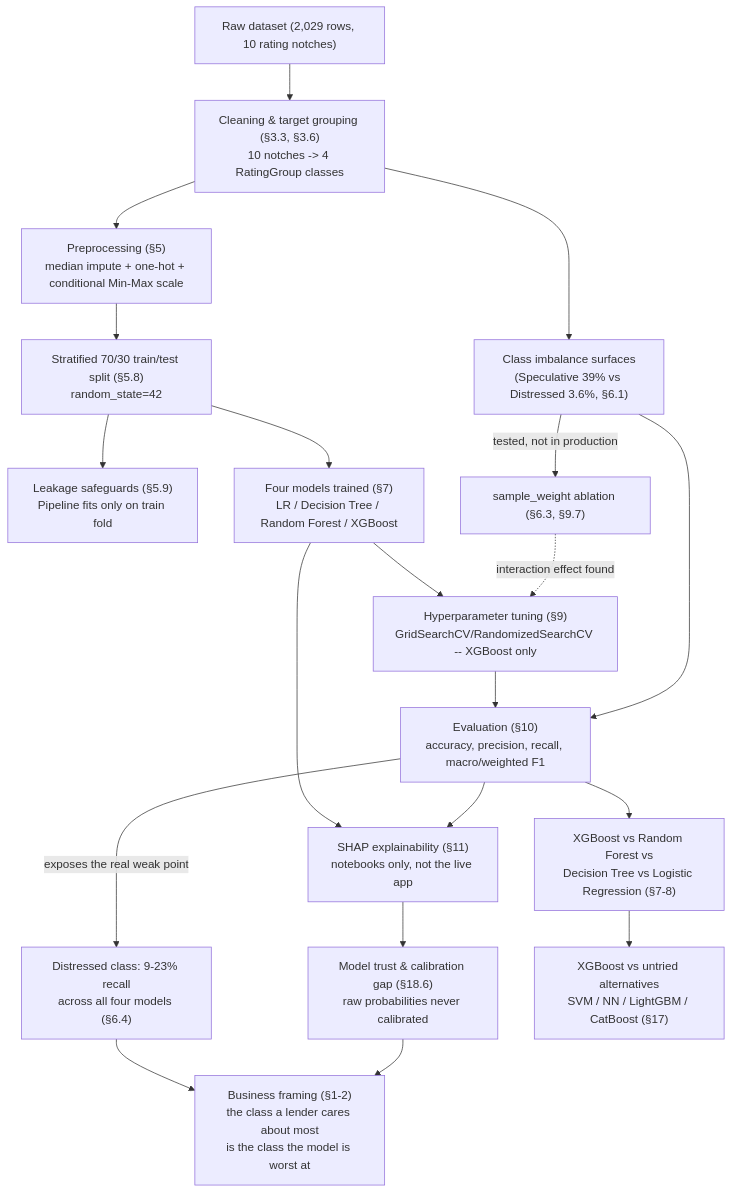
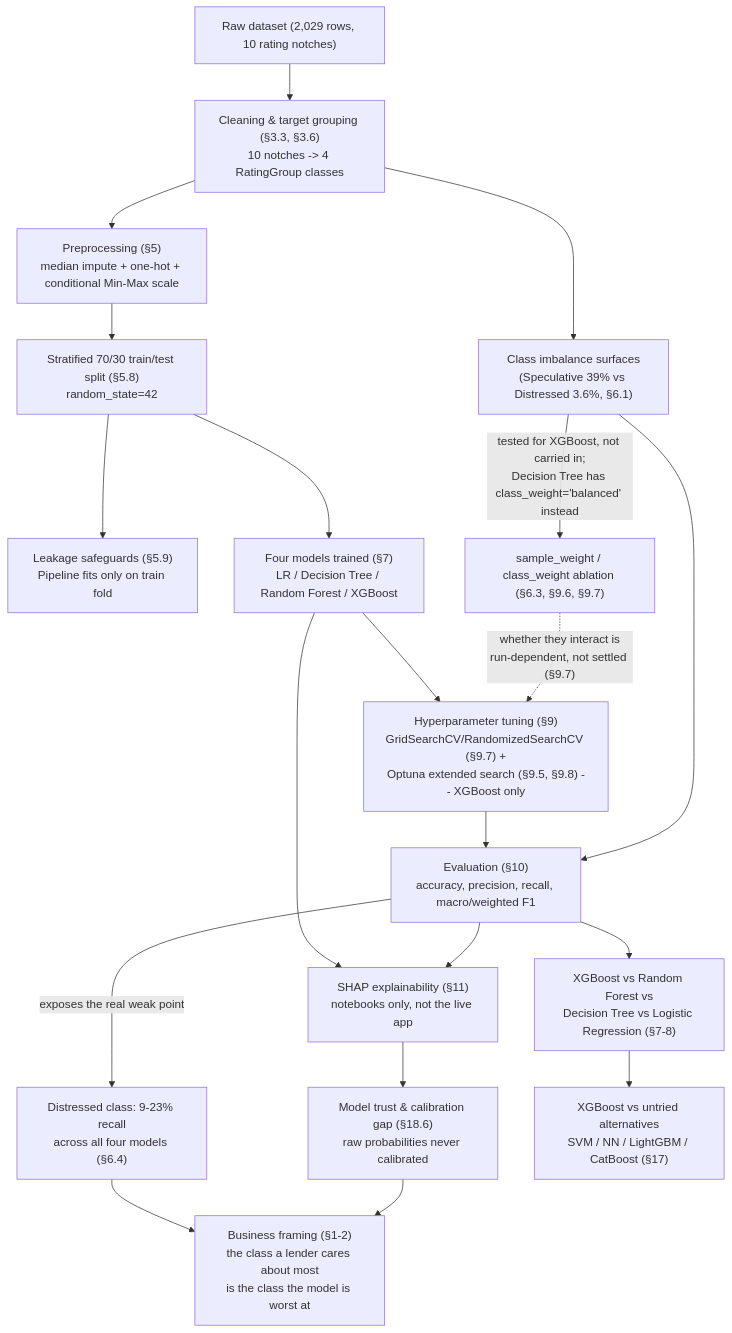
One commit to nicholas24042626/CreditSight changed the third of 3 diagrams in FYP_STUDY_GUIDE.md. Above: the diagram before and after it, drawn with Mermaid. The commit also changed other lines of this file and 10 other files, not shown here.

````diff
--- a/FYP_STUDY_GUIDE.md
+++ b/FYP_STUDY_GUIDE.md
@@ -2109,22 +2157,22 @@
 ```mermaid
 flowchart TB
     DATA["Raw dataset (2,029 rows, 10 rating notches)"] --> CLEAN["Cleaning & target grouping (§3.3, §3.6)\n10 notches -> 4 RatingGroup classes"]
     CLEAN --> IMBAL["Class imbalance surfaces\n(Speculative 39% vs Distressed 3.6%, §6.1)"]
     CLEAN --> PRE["Preprocessing (§5)\nmedian impute + one-hot + conditional Min-Max scale"]
     PRE --> SPLIT["Stratified 70/30 train/test split (§5.8)\nrandom_state=42"]
     SPLIT --> LEAK["Leakage safeguards (§5.9)\nPipeline fits only on train fold"]
     SPLIT --> MODELS["Four models trained (§7)\nLR / Decision Tree / Random Forest / XGBoost"]
-    IMBAL -->|"tested, not in production"| SW["sample_weight ablation (§6.3, §9.7)"]
-    MODELS --> TUNE["Hyperparameter tuning (§9)\nGridSearchCV/RandomizedSearchCV -- XGBoost only"]
-    SW -.->|"interaction effect found"| TUNE
+    IMBAL -->|"tested for XGBoost, not carried in;\nDecision Tree has class_weight='balanced' instead"| SW["sample_weight / class_weight ablation (§6.3, §9.6, §9.7)"]
+    MODELS --> TUNE["Hyperparameter tuning (§9)\nGridSearchCV/RandomizedSearchCV (§9.7) +\nOptuna extended search (§9.5, §9.8) -- XGBoost only"]
+    SW -.->|"whether they interact is\nrun-dependent, not settled (§9.7)"| TUNE
     TUNE --> EVAL["Evaluation (§10)\naccuracy, precision, recall, macro/weighted F1"]
     IMBAL --> EVAL
     EVAL -->|"exposes the real weak point"| DISTRESSED["Distressed class: 9-23% recall\nacross all four models (§6.4)"]
     MODELS --> SHAP["SHAP explainability (§11)\nnotebooks only, not the live app"]
     EVAL --> SHAP
     SHAP --> TRUST["Model trust & calibration gap (§18.6)\nraw probabilities never calibrated"]
     DISTRESSED --> BUSINESS["Business framing (§1-2)\nthe class a lender cares about most\nis the class the model is worst at"]
     TRUST --> BUSINESS
     EVAL --> COMPARE["XGBoost vs Random Forest vs\nDecision Tree vs Logistic Regression (§7-8)"]
     COMPARE --> ALTS["XGBoost vs untried alternatives\nSVM / NN / LightGBM / CatBoost (§17)"]
 ```
````
